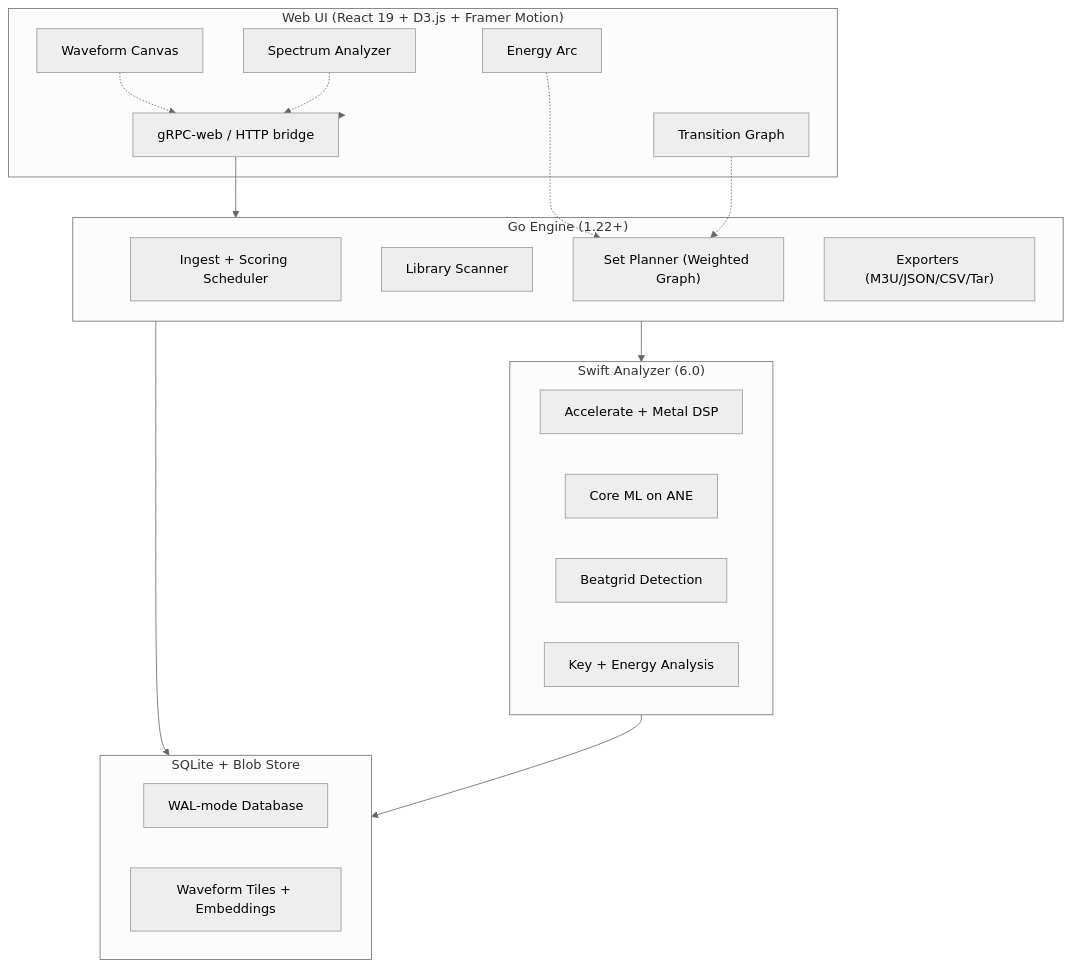
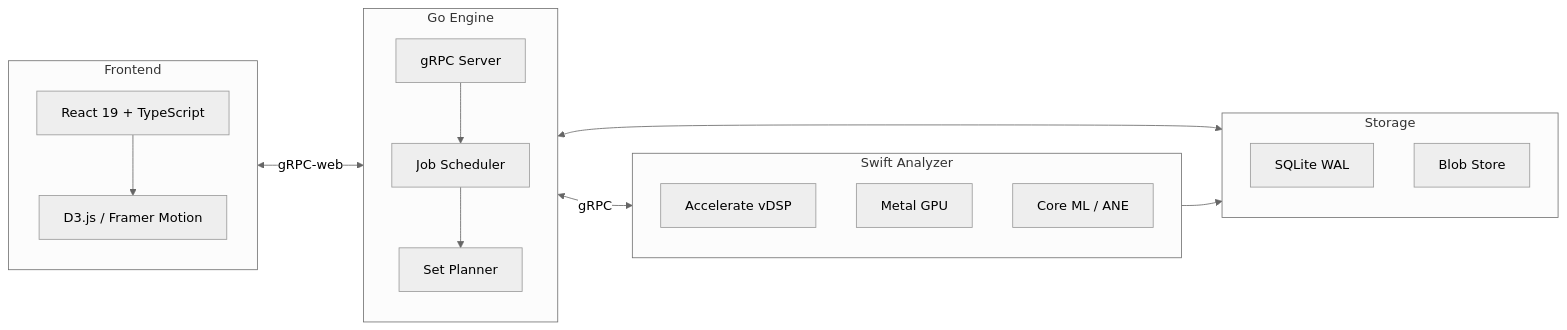
One commit to ParkWardRR/cartomix-Web-Based-DJ-Copilot changed the diagram in README.md. Above: the diagram before and after it, drawn with Mermaid (neutral theme). The commit also changed other lines of this file, not shown here.

Commit message:
Improve Architecture section readability
- Simplified mermaid diagram with left-to-right flow
- Added "How it works" explanation of data flow
- Replaced bullet list with structured table
- Clearer layer descriptions

````diff
--- a/README.md
+++ b/README.md
@@ -179,39 +181,35 @@
 ```mermaid
-flowchart TB
-    subgraph UI["Web UI (React 19 + D3.js + Framer Motion)"]
-      WF["Waveform Canvas"]
-      SP["Spectrum Analyzer"]
-      EA["Energy Arc"]
-      TG["Transition Graph"]
-      API["gRPC-web / HTTP bridge"]
+flowchart LR
+    subgraph UI["Frontend"]
+      direction TB
+      REACT["React 19 + TypeScript"]
+      VIZ["D3.js / Framer Motion"]
+      REACT --> VIZ
     end
 
-    subgraph ENGINE["Go Engine (1.22+)"]
-      SCHED["Ingest + Scoring Scheduler"]
-      SCAN["Library Scanner"]
-      PLAN["Set Planner (Weighted Graph)"]
-      EXPORT["Exporters (M3U/JSON/CSV/Tar)"]
+    subgraph ENGINE["Go Engine"]
+      direction TB
+      GRPC["gRPC Server"]
+      SCHED["Job Scheduler"]
+      PLAN["Set Planner"]
+      GRPC --> SCHED --> PLAN
     end
 
-    subgraph ANALYZER["Swift Analyzer (6.0)"]
-      DSP["Accelerate + Metal DSP"]
-      ML["Core ML on ANE"]
-      BEAT["Beatgrid Detection"]
-      KEY["Key + Energy Analysis"]
+    subgraph ANALYZER["Swift Analyzer"]
+      direction TB
+      DSP["Accelerate vDSP"]
+      METAL["Metal GPU"]
+      ANE["Core ML / ANE"]
     end
 
-    subgraph DATA["SQLite + Blob Store"]
-      DB["WAL-mode Database"]
-      BLOBS["Waveform Tiles + Embeddings"]
+    subgraph DATA["Storage"]
+      direction TB
+      DB["SQLite WAL"]
+      BLOBS["Blob Store"]
     end
 
-    UI --> API --> ENGINE
-    ENGINE --> ANALYZER
-    ENGINE --> DATA
+    UI <-->|"gRPC-web"| ENGINE
+    ENGINE <-->|"gRPC"| ANALYZER
+    ENGINE <--> DATA
     ANALYZER --> DATA
-
-    WF -.-> API
-    SP -.-> API
-    EA -.-> PLAN
-    TG -.-> PLAN
 ```
````
